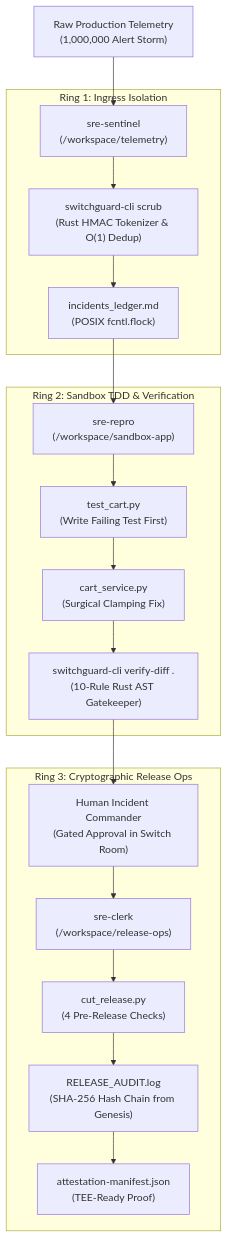
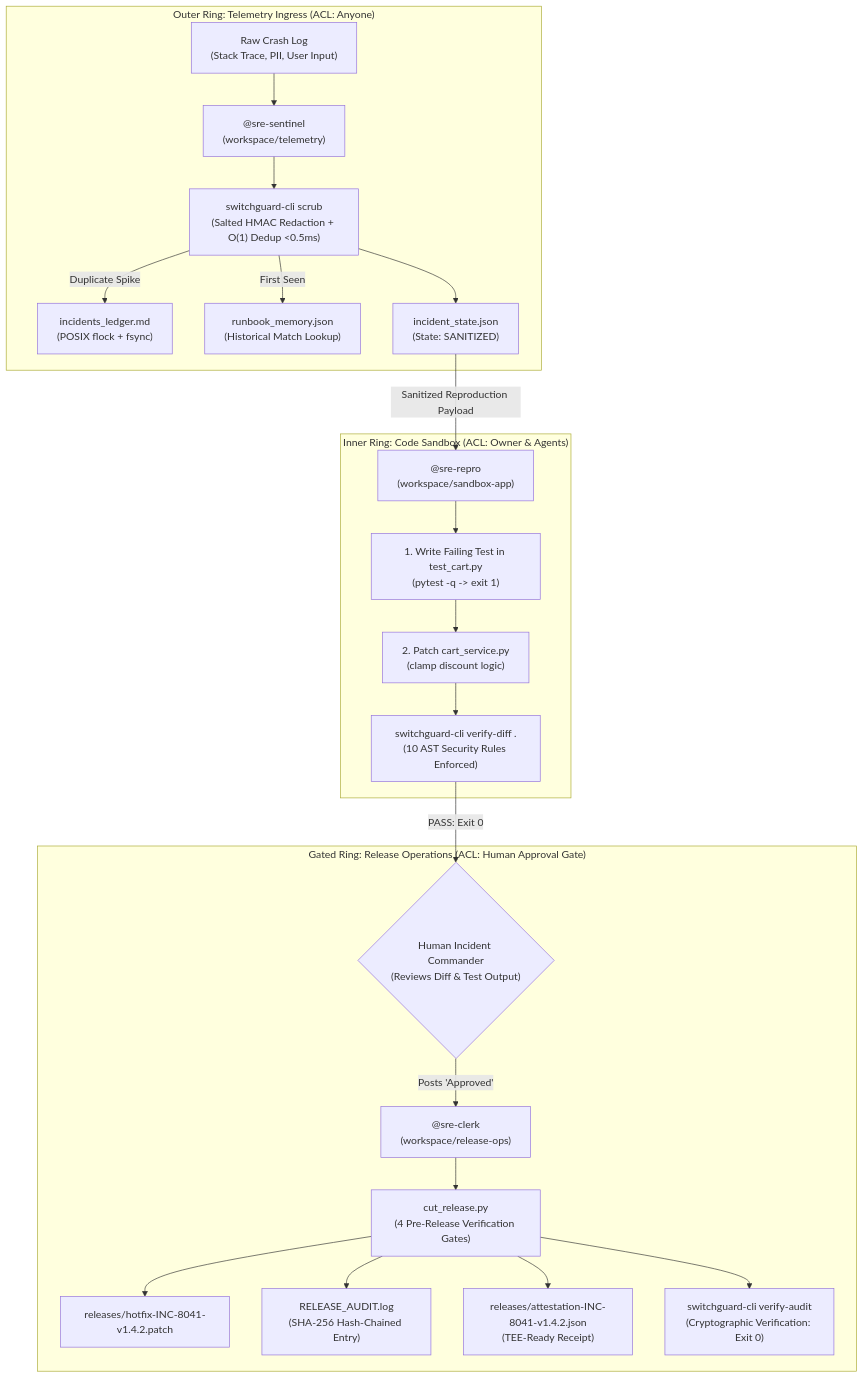
The first of 4 diagrams in BLOG.md (Anshulkaocde123/switchguard-sre), drawn with Mermaid before and after one commit. The commit also changed other lines of this file and 5 other files, not shown here.

Commit message:
docs(blog): publish full-depth technical README as interactive blog with native Mermaid diagrams, KaTeX, and #HowISwitch X package

````diff
--- a/BLOG.md
+++ b/BLOG.md
@@ -31,26 +47,27 @@
 ```mermaid
-flowchart TD
-    A["Raw Production Telemetry\n(1,000,000 Alert Storm)"] --> B["sre-sentinel\n(/workspace/telemetry)"]
-    
-    subgraph Ring1["Ring 1: Ingress Isolation"]
-        B --> C["switchguard-cli scrub\n(Rust HMAC Tokenizer & O(1) Dedup)"]
-        C --> D["incidents_ledger.md\n(POSIX fcntl.flock)"]
+flowchart TB
+    subgraph IngressLayer["Outer Ring: Telemetry Ingress (ACL: Anyone)"]
+        RawLog["Raw Crash Log\n(Stack Trace, PII, User Input)"] --> Sentinel["@sre-sentinel\n(workspace/telemetry)"]
+        Sentinel --> RustScrub["switchguard-cli scrub\n(Salted HMAC Redaction + O(1) Dedup <0.5ms)"]
+        RustScrub -->|Duplicate Spike| LedgerMD["incidents_ledger.md\n(POSIX flock + fsync)"]
+        RustScrub -->|First Seen| Runbook["runbook_memory.json\n(Historical Match Lookup)"]
+        RustScrub --> StateFSM["incident_state.json\n(State: SANITIZED)"]
     end
-    
-    D --> E["sre-repro\n(/workspace/sandbox-app)"]
-    
-    subgraph Ring2["Ring 2: Sandbox TDD & Verification"]
-        E --> F["test_cart.py\n(Write Failing Test First)"]
-        F --> G["cart_service.py\n(Surgical Clamping Fix)"]
-        G --> H["switchguard-cli verify-diff .\n(10-Rule Rust AST Gatekeeper)"]
+
+    subgraph SandboxLayer["Inner Ring: Code Sandbox (ACL: Owner & Agents)"]
+        StateFSM -->|Sanitized Reproduction Payload| Repro["@sre-repro\n(workspace/sandbox-app)"]
+        Repro --> TDDPhase1["1. Write Failing Test in test_cart.py\n(pytest -q -> exit 1)"]
+        TDDPhase1 --> TDDPhase2["2. Patch cart_service.py\n(clamp discount logic)"]
+        TDDPhase2 --> RustVerify["switchguard-cli verify-diff .\n(10 AST Security Rules Enforced)"]
     end
-    
-    H --> I["Human Incident Commander\n(Gated Approval in Switch Room)"]
-    
-    subgraph Ring3["Ring 3: Cryptographic Release Ops"]
-        I --> J["sre-clerk\n(/workspace/release-ops)"]
-        J --> K["cut_release.py\n(4 Pre-Release Checks)"]
-        K --> L["RELEASE_AUDIT.log\n(SHA-256 Hash Chain from Genesis)"]
-        L --> M["attestation-manifest.json\n(TEE-Ready Proof)"]
+
+    subgraph ReleaseLayer["Gated Ring: Release Operations (ACL: Human Approval Gate)"]
+        RustVerify -->|PASS: Exit 0| Commander{"Human Incident Commander\n(Reviews Diff & Test Output)"}
+        Commander -->|Posts 'Approved'| Clerk["@sre-clerk\n(workspace/release-ops)"]
+        Clerk --> CutRelease["cut_release.py\n(4 Pre-Release Verification Gates)"]
+        CutRelease --> PatchArtifact["releases/hotfix-INC-8041-v1.4.2.patch"]
+        CutRelease --> AuditLog["RELEASE_AUDIT.log\n(SHA-256 Hash-Chained Entry)"]
+        CutRelease --> Attestation["releases/attestation-INC-8041-v1.4.2.json\n(TEE-Ready Receipt)"]
+        CutRelease --> RustAudit["switchguard-cli verify-audit\n(Cryptographic Verification: Exit 0)"]
     end
 ```
````
